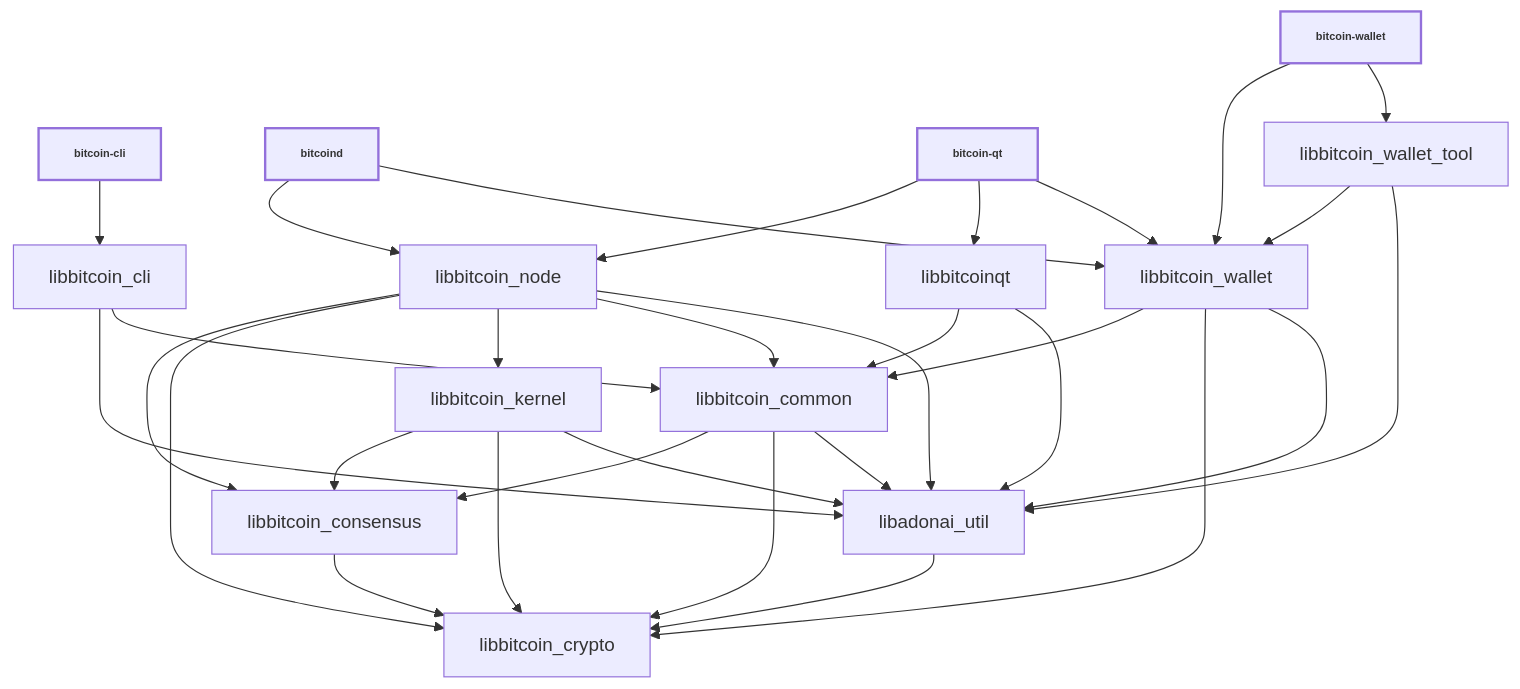
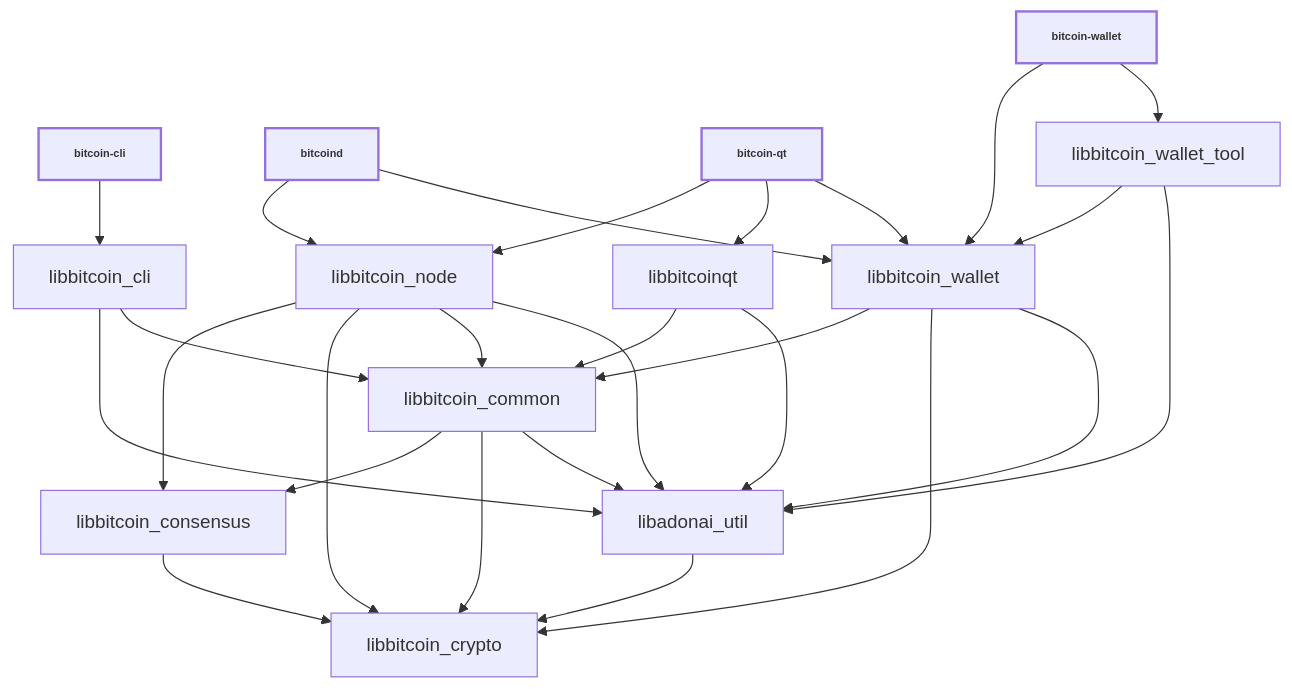
The diagram in doc/design/libraries.md (YHWH-angel/ADONAI), drawn with Mermaid before and after one commit. The commit also changed other lines of this file and 14 other files, not shown here.

````diff
--- a/doc/design/libraries.md
+++ b/doc/design/libraries.md
@@ -36,52 +34,47 @@
 ```mermaid
 
 %%{ init : { "flowchart" : { "curve" : "basis" }}}%%
 
 graph TD;
 
 bitcoin-cli[bitcoin-cli]-->libbitcoin_cli;
 
 bitcoind[bitcoind]-->libbitcoin_node;
 bitcoind[bitcoind]-->libbitcoin_wallet;
 
 bitcoin-qt[bitcoin-qt]-->libbitcoin_node;
 bitcoin-qt[bitcoin-qt]-->libbitcoinqt;
 bitcoin-qt[bitcoin-qt]-->libbitcoin_wallet;
 
 bitcoin-wallet[bitcoin-wallet]-->libbitcoin_wallet;
 bitcoin-wallet[bitcoin-wallet]-->libbitcoin_wallet_tool;
 
 libbitcoin_cli-->libadonai_util;
 libbitcoin_cli-->libbitcoin_common;
 
 libbitcoin_consensus-->libbitcoin_crypto;
 
 libbitcoin_common-->libbitcoin_consensus;
 libbitcoin_common-->libbitcoin_crypto;
 libbitcoin_common-->libadonai_util;
 
-libbitcoin_kernel-->libbitcoin_consensus;
-libbitcoin_kernel-->libbitcoin_crypto;
-libbitcoin_kernel-->libadonai_util;
-
 libbitcoin_node-->libbitcoin_consensus;
 libbitcoin_node-->libbitcoin_crypto;
-libbitcoin_node-->libbitcoin_kernel;
 libbitcoin_node-->libbitcoin_common;
 libbitcoin_node-->libadonai_util;
 
 libbitcoinqt-->libbitcoin_common;
 libbitcoinqt-->libadonai_util;
 
 libadonai_util-->libbitcoin_crypto;
 
 libbitcoin_wallet-->libbitcoin_common;
 libbitcoin_wallet-->libbitcoin_crypto;
 libbitcoin_wallet-->libadonai_util;
 
 libbitcoin_wallet_tool-->libbitcoin_wallet;
 libbitcoin_wallet_tool-->libadonai_util;
 
 classDef bold stroke-width:2px, font-weight:bold, font-size: smaller;
 class bitcoin-qt,bitcoind,bitcoin-cli,bitcoin-wallet bold
 ```
````
